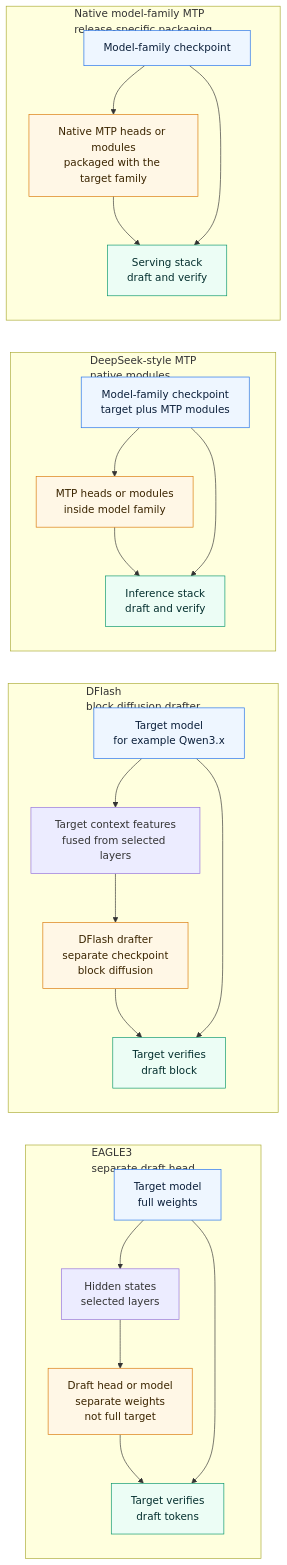
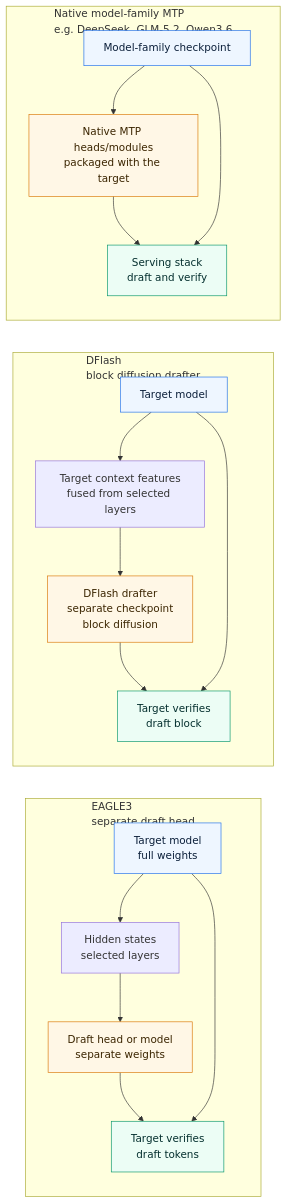
The second of 2 diagrams in Deep-Learning/Speculative-Decoding/README.md (david-xinyuwei/david-share), drawn with Mermaid before and after one commit. The commit also changed other lines of this file and 1 other file, not shown here.

First line of the commit message:
docs: consolidate Mermaid diagrams — merge duplicate MTP subgraphs, remove redundant EAGLE3 architecture chart

````diff
--- a/Deep-Learning/Speculative-Decoding/README.md
+++ b/Deep-Learning/Speculative-Decoding/README.md
@@ -228,49 +228,40 @@
 ```mermaid
 flowchart LR
   subgraph E3["EAGLE3<br/>separate draft head"]
     E3T["Target model<br/>full weights"]
     E3H["Hidden states<br/>selected layers"]
-    E3D["Draft head or model<br/>separate weights<br/>not full target"]
+    E3D["Draft head or model<br/>separate weights"]
     E3V["Target verifies<br/>draft tokens"]
     E3T --> E3H
     E3H --> E3D
     E3D --> E3V
     E3T --> E3V
   end
 
   subgraph DF["DFlash<br/>block diffusion drafter"]
-    DFT["Target model<br/>for example Qwen3.x"]
+    DFT["Target model"]
     DFF["Target context features<br/>fused from selected layers"]
     DFD["DFlash drafter<br/>separate checkpoint<br/>block diffusion"]
     DFV["Target verifies<br/>draft block"]
     DFT --> DFF
     DFF --> DFD
     DFD --> DFV
     DFT --> DFV
   end
 
-  subgraph DS["DeepSeek-style MTP<br/>native modules"]
-    DST["Model-family checkpoint<br/>target plus MTP modules"]
-    DSH["MTP heads or modules<br/>inside model family"]
-    DSV["Inference stack<br/>draft and verify"]
-    DST --> DSH
-    DSH --> DSV
-    DST --> DSV
-  end
-
-  subgraph NM["Native model-family MTP<br/>release-specific packaging"]
+  subgraph NM["Native model-family MTP<br/>e.g. DeepSeek, GLM-5.2, Qwen3.6"]
     NMT["Model-family checkpoint"]
-    NMD["Native MTP heads or modules<br/>packaged with the target family"]
+    NMD["Native MTP heads/modules<br/>packaged with the target"]
     NMV["Serving stack<br/>draft and verify"]
     NMT --> NMD
     NMD --> NMV
     NMT --> NMV
   end
 
   classDef target fill:#eef6ff,stroke:#1f6feb,color:#0b1f3a
   classDef drafter fill:#fff7e6,stroke:#d97706,color:#3b2500
   classDef verify fill:#ecfdf5,stroke:#059669,color:#042f2e
-  class E3T,DFT,DST,NMT target
-  class E3D,DFD,DSH,NMD drafter
-  class E3V,DFV,DSV,NMV verify
+  class E3T,DFT,NMT target
+  class E3D,DFD,NMD drafter
+  class E3V,DFV,NMV verify
 ```
````
